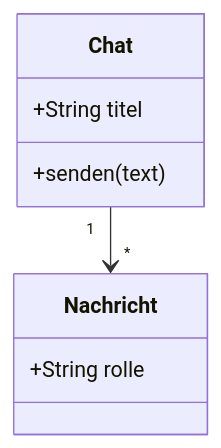
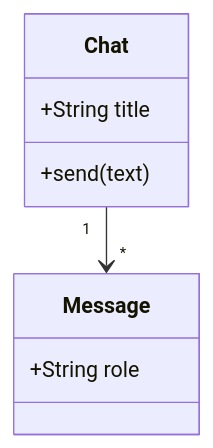
Before and after one commit to pschroee/agri-gaia-agent-gateway: the fifth of 9 diagrams in images/agw-basis/skills/mermaid/SKILL.md, drawn with Mermaid. The commit also changed other lines of this file and 25 other files, not shown here.

````diff
--- a/images/agw-basis/skills/mermaid/SKILL.md
+++ b/images/agw-basis/skills/mermaid/SKILL.md
@@ -117,11 +117,11 @@
 ```mermaid
 classDiagram
   class Chat {
-    +String titel
-    +senden(text)
+    +String title
+    +send(text)
   }
-  class Nachricht {
-    +String rolle
+  class Message {
+    +String role
   }
-  Chat "1" --> "*" Nachricht
+  Chat "1" --> "*" Message
 ```
````
